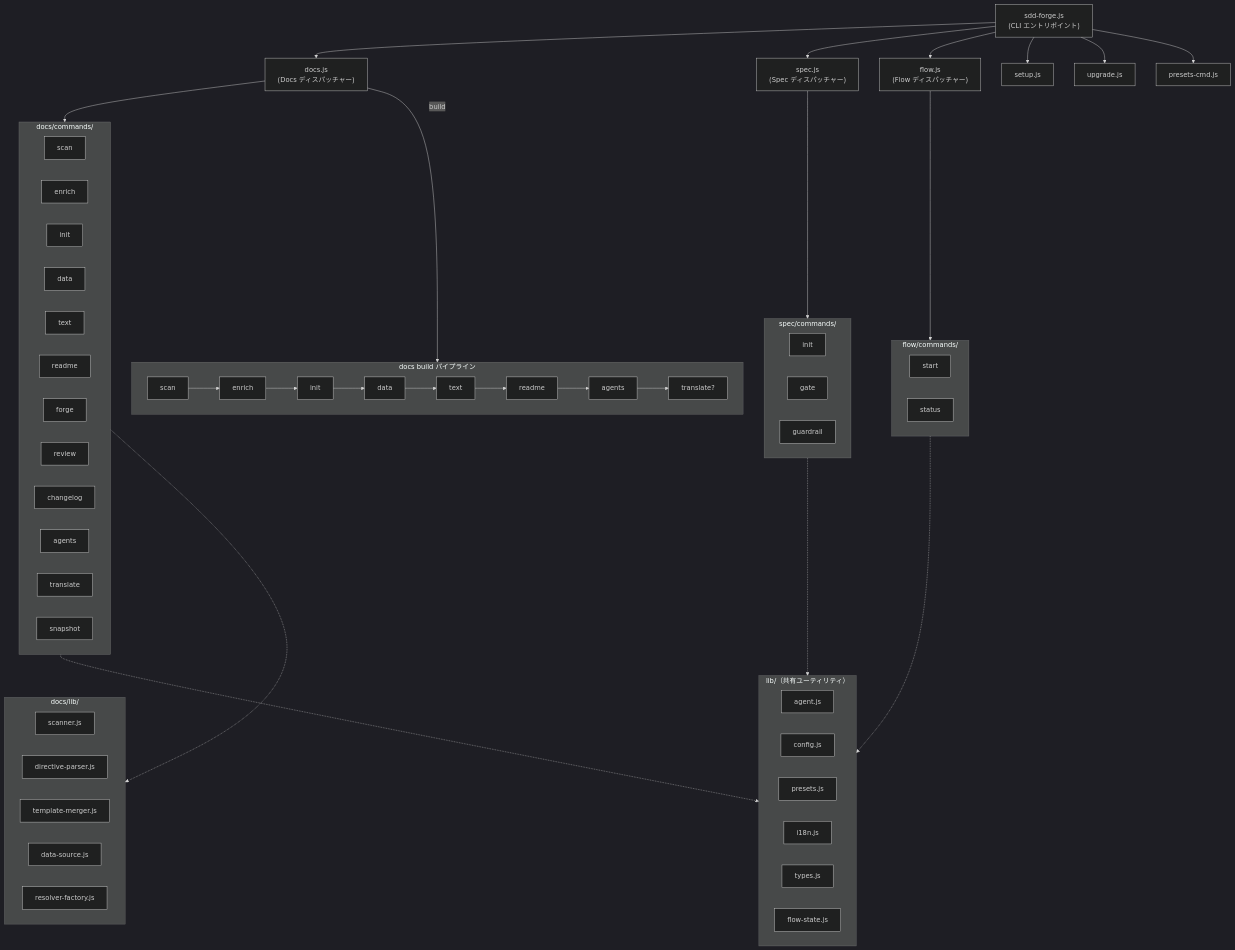
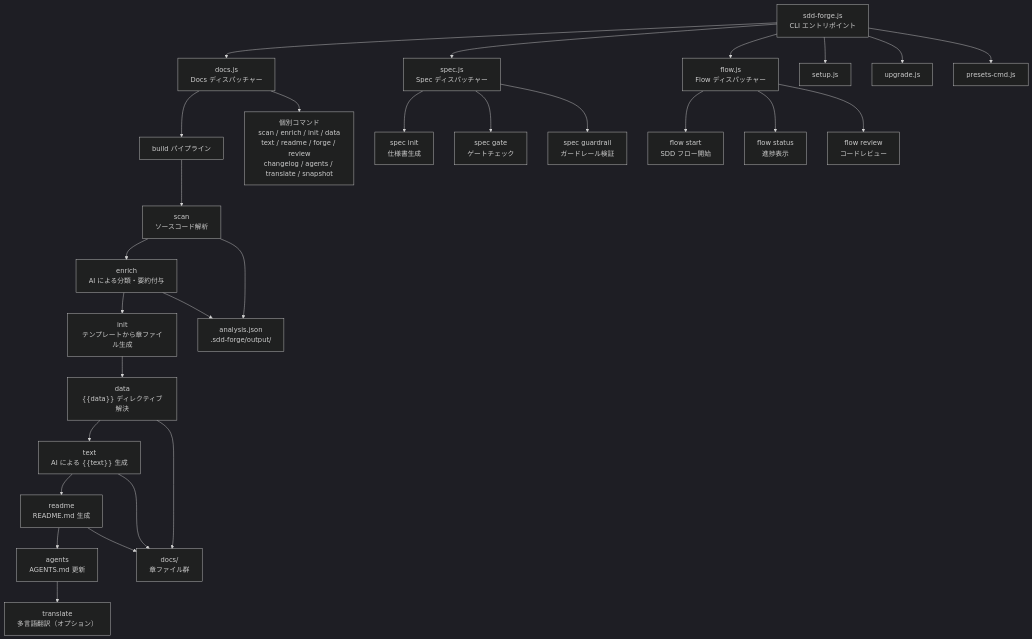
One commit to SpreadWorks/sdd-forge changed the diagram in docs/ja/overview.md. Above: the diagram before and after it, drawn with Mermaid (dark theme). The commit also changed other lines of this file and 15 other files, not shown here.

````diff
--- a/docs/ja/overview.md
+++ b/docs/ja/overview.md
@@ -27,73 +29,37 @@
 ```mermaid
 flowchart TB
-    CLI["sdd-forge.js<br/>(CLI エントリポイント)"]
+    CLI["sdd-forge.js<br/>CLI エントリポイント"]
 
-    CLI --> DOCS["docs.js<br/>(Docs ディスパッチャー)"]
-    CLI --> SPEC["spec.js<br/>(Spec ディスパッチャー)"]
-    CLI --> FLOW["flow.js<br/>(Flow ディスパッチャー)"]
+    CLI --> DOCS["docs.js<br/>Docs ディスパッチャー"]
+    CLI --> SPEC["spec.js<br/>Spec ディスパッチャー"]
+    CLI --> FLOW["flow.js<br/>Flow ディスパッチャー"]
     CLI --> SETUP["setup.js"]
     CLI --> UPGRADE["upgrade.js"]
     CLI --> PRESETS["presets-cmd.js"]
 
-    subgraph DocsCommands ["docs/commands/"]
-        SCAN["scan"]
-        ENRICH["enrich"]
-        INIT["init"]
-        DATA["data"]
-        TEXT["text"]
-        README["readme"]
-        FORGE["forge"]
-        REVIEW["review"]
-        CHANGELOG["changelog"]
-        AGENTS["agents"]
-        TRANSLATE["translate"]
-        SNAPSHOT["snapshot"]
-    end
+    DOCS --> BUILD["build パイプライン"]
+    DOCS --> DOCS_CMD["個別コマンド<br/>scan / enrich / init / data<br/>text / readme / forge / review<br/>changelog / agents / translate / snapshot"]
 
-    DOCS --> DocsCommands
+    BUILD --> SCAN["scan<br/>ソースコード解析"]
+    SCAN --> ENRICH["enrich<br/>AI による分類・要約付与"]
+    ENRICH --> INIT["init<br/>テンプレートから章ファイル生成"]
+    INIT --> DATA["data<br/>{{data}} ディレクティブ解決"]
+    DATA --> TEXT["text<br/>AI による {{text}} 生成"]
+    TEXT --> README["readme<br/>README.md 生成"]
+    README --> AGENTS["agents<br/>AGENTS.md 更新"]
+    AGENTS --> TRANSLATE["translate<br/>多言語翻訳（オプション）"]
 
-    subgraph SpecCommands ["spec/commands/"]
-        SPEC_INIT["init"]
-        GATE["gate"]
-        GUARDRAIL["guardrail"]
-    end
+    SPEC --> SPEC_INIT["spec init<br/>仕様書生成"]
+    SPEC --> SPEC_GATE["spec gate<br/>ゲートチェック"]
+    SPEC --> SPEC_GUARD["spec guardrail<br/>ガードレール検証"]
 
-    SPEC --> SpecCommands
+    FLOW --> FLOW_START["flow start<br/>SDD フロー開始"]
+    FLOW --> FLOW_STATUS["flow status<br/>進捗表示"]
+    FLOW --> FLOW_REVIEW["flow review<br/>コードレビュー"]
 
-    subgraph FlowCommands ["flow/commands/"]
-        FLOW_START["start"]
-        FLOW_STATUS["status"]
-    end
-
-    FLOW --> FlowCommands
-
-    subgraph BuildPipeline ["docs build パイプライン"]
-        direction LR
-        B_SCAN["scan"] --> B_ENRICH["enrich"] --> B_INIT["init"] --> B_DATA["data"] --> B_TEXT["text"] --> B_README["readme"] --> B_AGENTS["agents"] --> B_TRANSLATE["translate?"]
-    end
-
-    DOCS -->|"build"| BuildPipeline
-
-    subgraph SharedLibs ["lib/（共有ユーティリティ）"]
-        AGENT["agent.js"]
-        CONFIG["config.js"]
-        PRESETS_LIB["presets.js"]
-        I18N["i18n.js"]
-        TYPES["types.js"]
-        FLOW_STATE["flow-state.js"]
-    end
-
-    DocsCommands -.-> SharedLibs
-    SpecCommands -.-> SharedLibs
-    FlowCommands -.-> SharedLibs
-
-    subgraph DocsLib ["docs/lib/"]
-        SCANNER["scanner.js"]
-        DIRECTIVE["directive-parser.js"]
-        MERGER["template-merger.js"]
-        DATASOURCE["data-source.js"]
-        RESOLVER["resolver-factory.js"]
-    end
-
-    DocsCommands -.-> DocsLib
+    SCAN --> ANALYSIS["analysis.json<br/>.sdd-forge/output/"]
+    ENRICH --> ANALYSIS
+    DATA --> DOCS_DIR["docs/<br/>章ファイル群"]
+    TEXT --> DOCS_DIR
+    README --> DOCS_DIR
 ```
````
